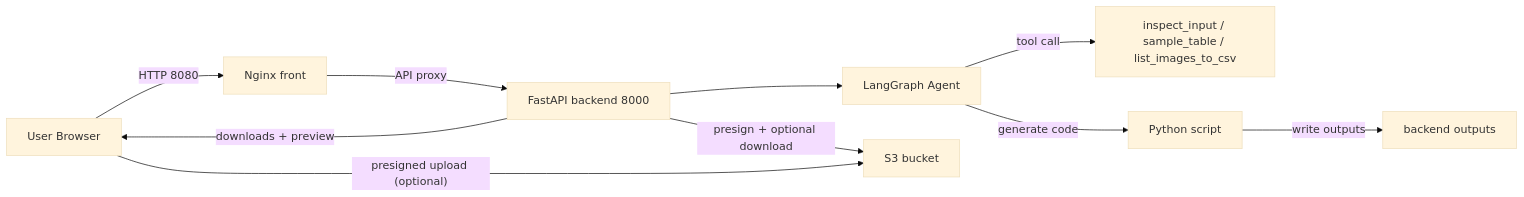
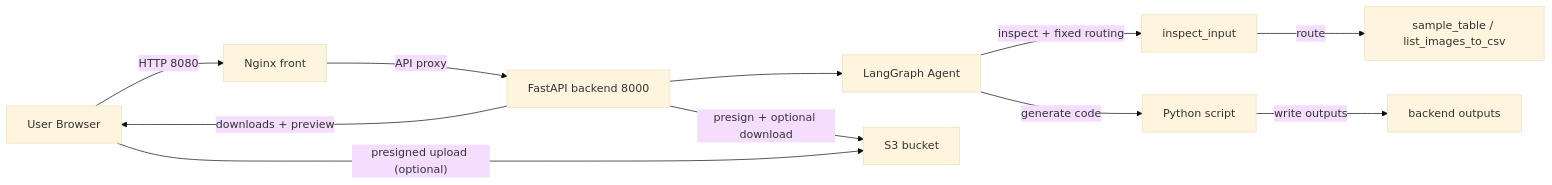
The first of 3 diagrams in README.md (sonsukwoo/Data_preprocessing_auto), drawn with Mermaid (base theme) before and after one commit. The commit also changed other lines of this file and 1 other file, not shown here.

````diff
--- a/README.md
+++ b/README.md
@@ -95,12 +95,13 @@
 ```mermaid
 flowchart LR
   U["User Browser"] -->|"HTTP 8080"| N["Nginx front"]
   N -->|"API proxy"| A["FastAPI backend 8000"]
   A --> G["LangGraph Agent"]
-  G -->|"tool call"| T["inspect_input / sample_table / list_images_to_csv"]
+  G -->|"inspect + fixed routing"| T["inspect_input"]
+  T -->|"route"| S["sample_table / list_images_to_csv"]
   G -->|"generate code"| P["Python script"]
   P -->|"write outputs"| O["backend outputs"]
   A -->|"downloads + preview"| U
   A -->|"presign + optional download"| S3["S3 bucket"]
   U -->|"presigned upload (optional)"| S3
 ```
````
